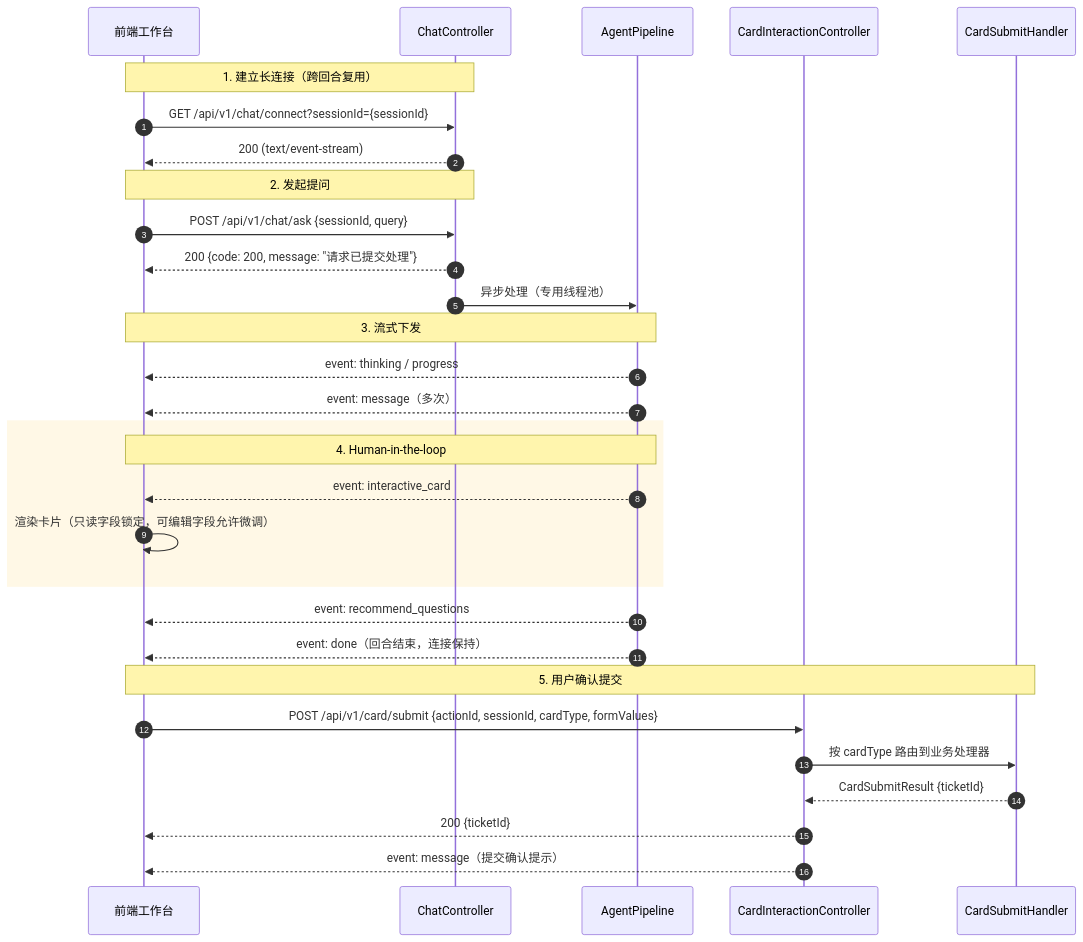
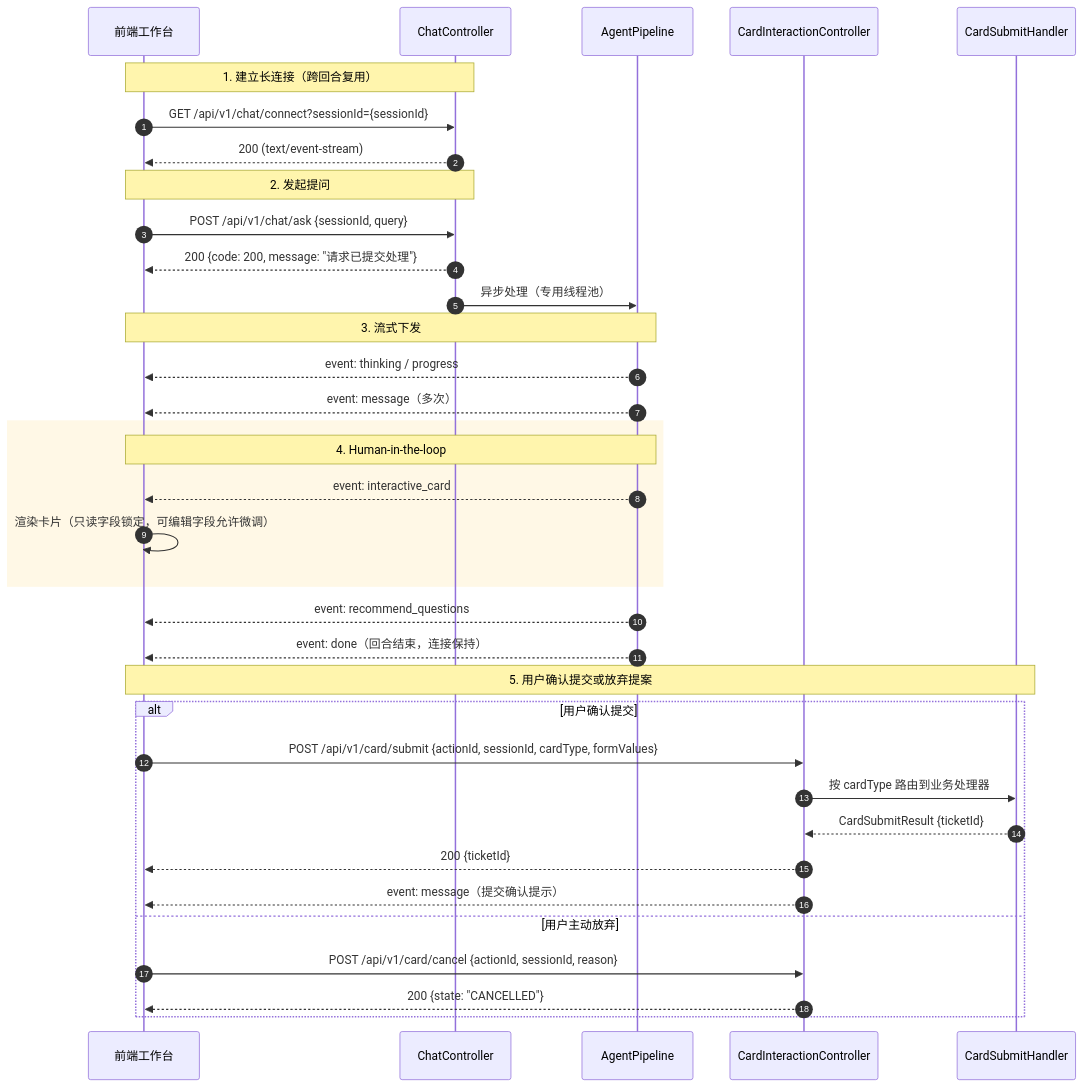
One commit to 1264585648/spring-ai-agentflow changed the diagram in docs/03-前后端接口与SSE协议契约.md. Above: the diagram before and after it, drawn with Mermaid. The commit also changed other lines of this file and 20 other files, not shown here.

````diff
--- a/docs/03-前后端接口与SSE协议契约.md
+++ b/docs/03-前后端接口与SSE协议契约.md
@@ -19,38 +19,43 @@
 ```mermaid
 sequenceDiagram
     autonumber
     participant UI as 前端工作台
     participant Chat as ChatController
     participant Pipeline as AgentPipeline
     participant Card as CardInteractionController
     participant SPI as CardSubmitHandler
 
     Note over UI, Chat: 1. 建立长连接（跨回合复用）
     UI->>Chat: GET /api/v1/chat/connect?sessionId={sessionId}
     Chat-->>UI: 200 (text/event-stream)
 
     Note over UI, Chat: 2. 发起提问
     UI->>Chat: POST /api/v1/chat/ask {sessionId, query}
     Chat-->>UI: 200 {code: 200, message: "请求已提交处理"}
     Chat->>Pipeline: 异步处理（专用线程池）
 
     Note over Pipeline, UI: 3. 流式下发
     Pipeline-->>UI: event: thinking / progress
     Pipeline-->>UI: event: message（多次）
 
     rect rgb(255, 248, 230)
     Note over Pipeline, UI: 4. Human-in-the-loop
     Pipeline-->>UI: event: interactive_card
     UI->>UI: 渲染卡片（只读字段锁定，可编辑字段允许微调）
     end
 
     Pipeline-->>UI: event: recommend_questions
     Pipeline-->>UI: event: done（回合结束，连接保持）
 
-    Note over UI, SPI: 5. 用户确认提交
-    UI->>Card: POST /api/v1/card/submit {actionId, sessionId, cardType, formValues}
-    Card->>SPI: 按 cardType 路由到业务处理器
-    SPI-->>Card: CardSubmitResult {ticketId}
-    Card-->>UI: 200 {ticketId}
-    Card-->>UI: event: message（提交确认提示）
+    Note over UI, SPI: 5. 用户确认提交或放弃提案
+    alt 用户确认提交
+        UI->>Card: POST /api/v1/card/submit {actionId, sessionId, cardType, formValues}
+        Card->>SPI: 按 cardType 路由到业务处理器
+        SPI-->>Card: CardSubmitResult {ticketId}
+        Card-->>UI: 200 {ticketId}
+        Card-->>UI: event: message（提交确认提示）
+    else 用户主动放弃
+        UI->>Card: POST /api/v1/card/cancel {actionId, sessionId, reason}
+        Card-->>UI: 200 {state: "CANCELLED"}
+    end
 ```
````
